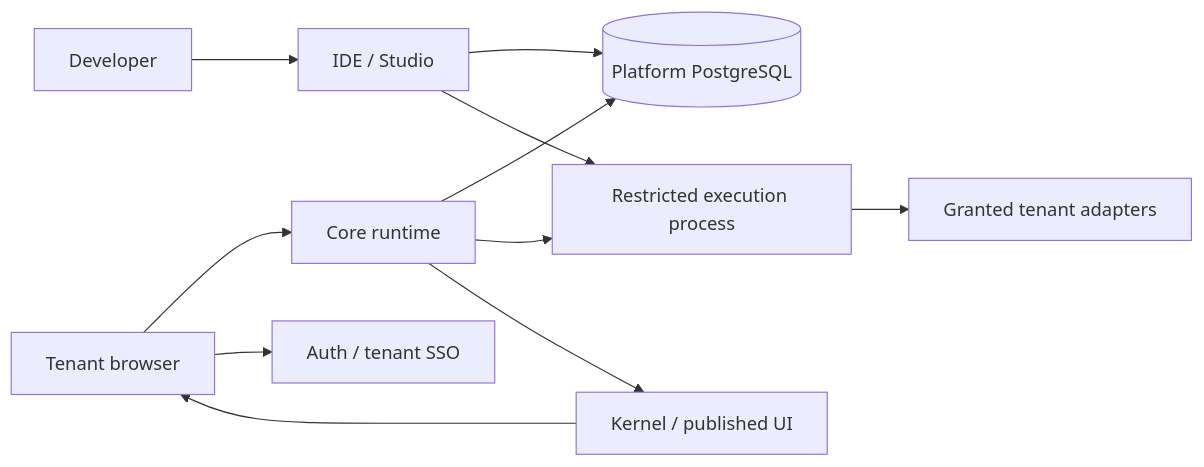
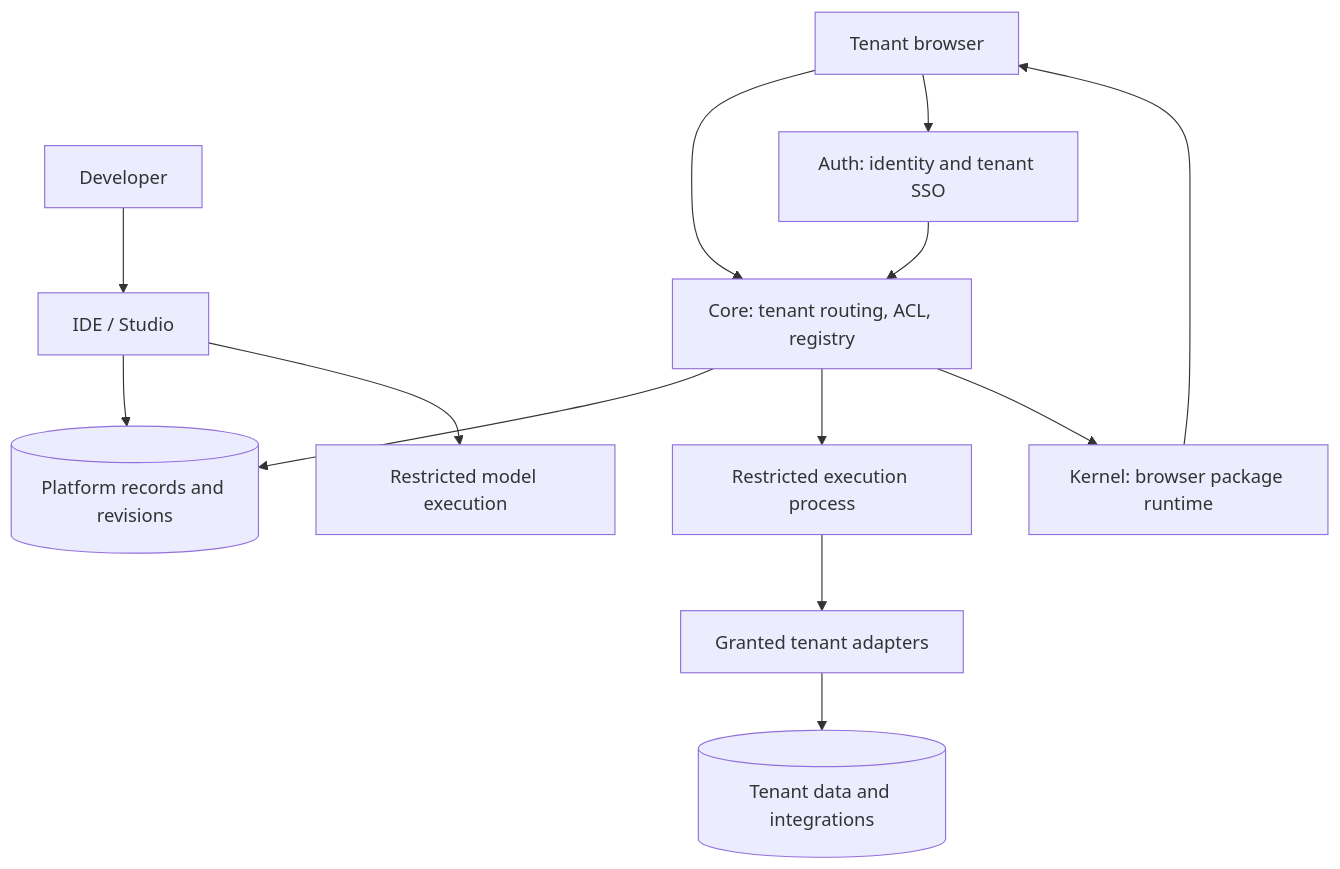
Before and after one commit to Runtessa/platform: the diagram in README.md, drawn with Mermaid. The commit also changed other lines of this file and 41 other files, not shown here.

````diff
--- a/README.md
+++ b/README.md
@@ -48,13 +197,15 @@
 ```mermaid
-flowchart LR
+flowchart TB
   Developer[Developer] --> IDE[IDE / Studio]
-  IDE --> DB[(Platform PostgreSQL)]
-  Browser[Tenant browser] --> Core[Core runtime]
-  Browser --> Auth[Auth / tenant SSO]
-  Core --> DB
+  IDE --> Records[(Platform records and revisions)]
+  Browser[Tenant browser] --> Core[Core: tenant routing, ACL, registry]
+  Core --> Records
   Core --> Child[Restricted execution process]
-  IDE --> Child
+  IDE --> ModelChild[Restricted model execution]
   Child --> Adapters[Granted tenant adapters]
-  Core --> Kernel[Kernel / published UI]
+  Adapters --> TenantData[(Tenant data and integrations)]
+  Core --> Kernel[Kernel: browser package runtime]
   Kernel --> Browser
+  Browser --> Auth[Auth: identity and tenant SSO]
+  Auth --> Core
 ```
````
